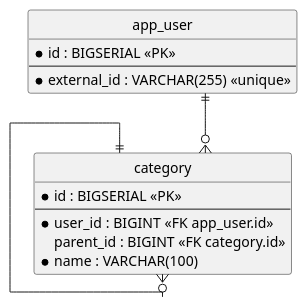
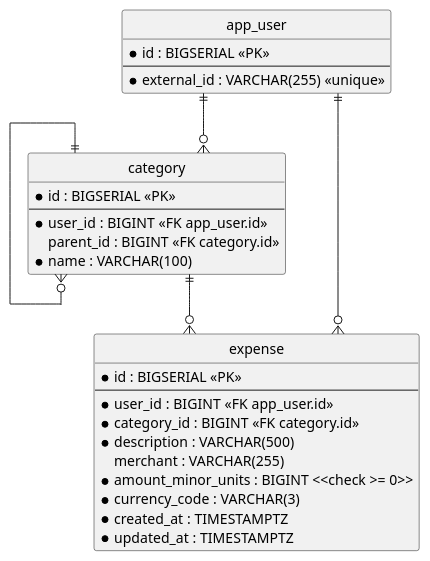
One commit to ds-usova/finance-bot changed the diagram in ledger-service/docs/contracts/out/database.md. Above: the diagram before and after it, drawn with PlantUML. The commit also changed other lines of this file and 6 other files, not shown here.

Commit message:
Documentation: record the create-expense use case, its domain types and the category-id decision

````diff
--- a/ledger-service/docs/contracts/out/database.md
+++ b/ledger-service/docs/contracts/out/database.md
@@ -13,23 +13,38 @@
 ```plantuml
 @startuml ledger-schema
 hide circle
 skinparam linetype ortho
 
 entity "app_user" as app_user {
   * id : BIGSERIAL <<PK>>
   --
   * external_id : VARCHAR(255) <<unique>>
 }
 
 entity "category" as category {
   * id : BIGSERIAL <<PK>>
   --
   * user_id : BIGINT <<FK app_user.id>>
   parent_id : BIGINT <<FK category.id>>
   * name : VARCHAR(100)
 }
 
+entity "expense" as expense {
+  * id : BIGSERIAL <<PK>>
+  --
+  * user_id : BIGINT <<FK app_user.id>>
+  * category_id : BIGINT <<FK category.id>>
+  * description : VARCHAR(500)
+  merchant : VARCHAR(255)
+  * amount_minor_units : BIGINT <<check >= 0>>
+  * currency_code : VARCHAR(3)
+  * created_at : TIMESTAMPTZ
+  * updated_at : TIMESTAMPTZ
+}
+
 app_user ||--o{ category
 category ||--o{ category
+app_user ||--o{ expense
+category ||--o{ expense
 @enduml
 ```
````
